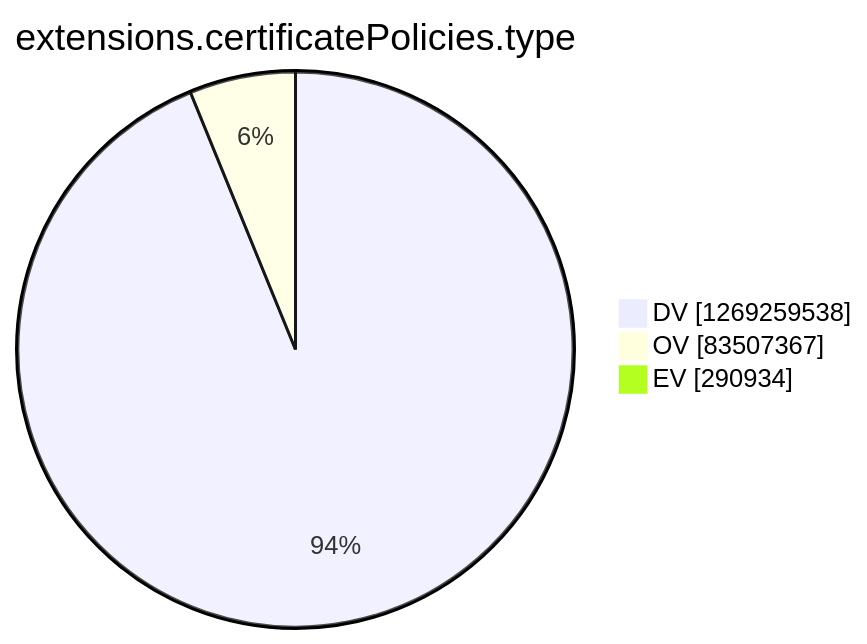
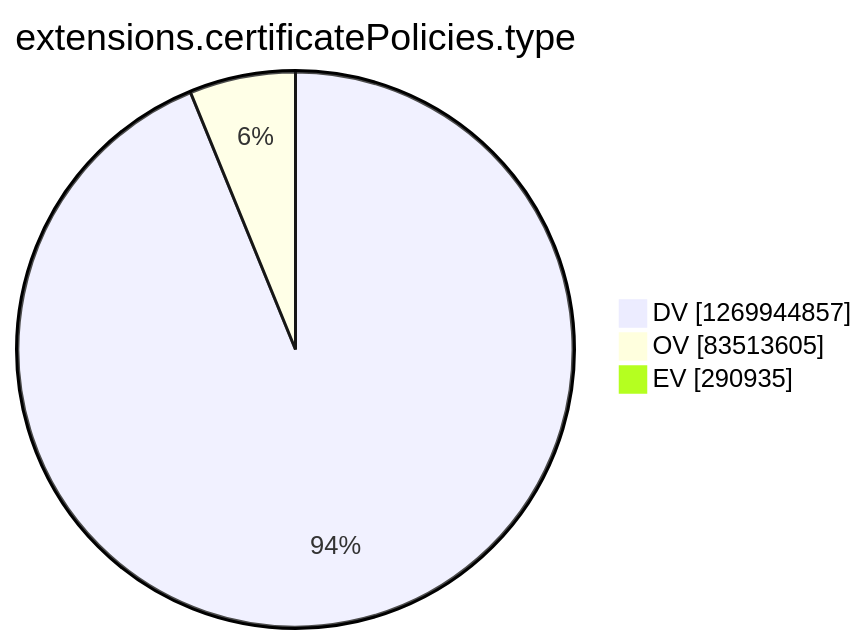
The tenth of 15 diagrams in argon2022/README.md (christiankrug/ctmonitor_visualization), drawn with Mermaid before and after one commit. The commit also changed other lines of this file, not shown here.

````diff
--- a/argon2022/README.md
+++ b/argon2022/README.md
@@ -2771,7 +2771,7 @@
 ```mermaid
 pie showData
 title extensions.certificatePolicies.type
-"DV" :1269259538
-"OV" :83507367
-"EV" :290934
+"DV" :1269944857
+"OV" :83513605
+"EV" :290935
 ```
````
